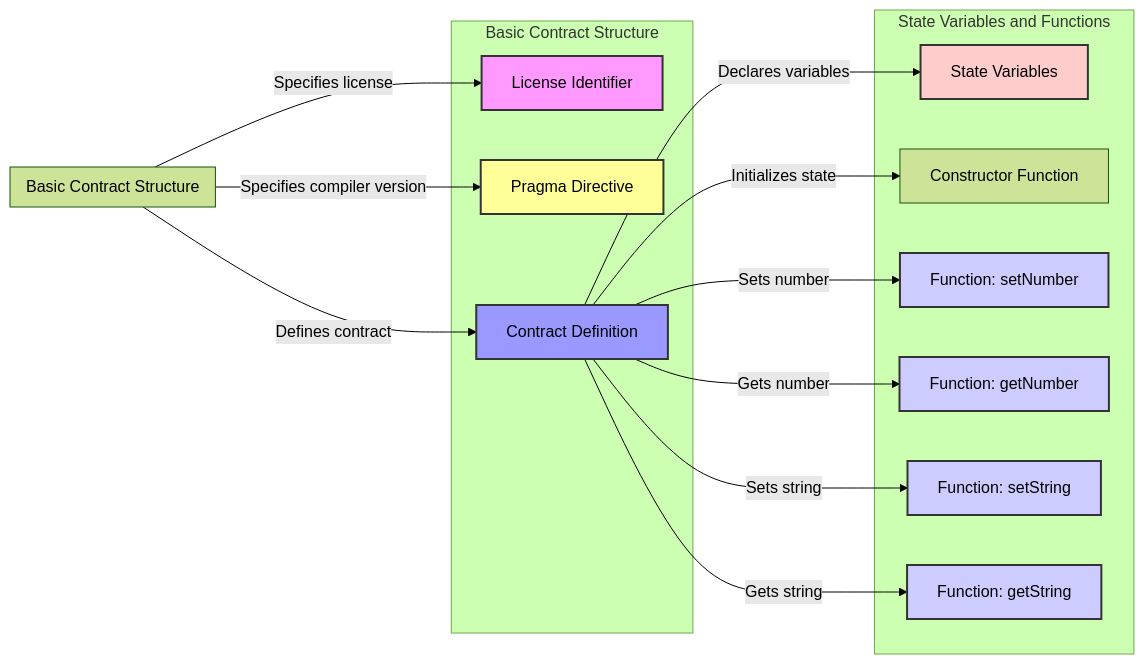
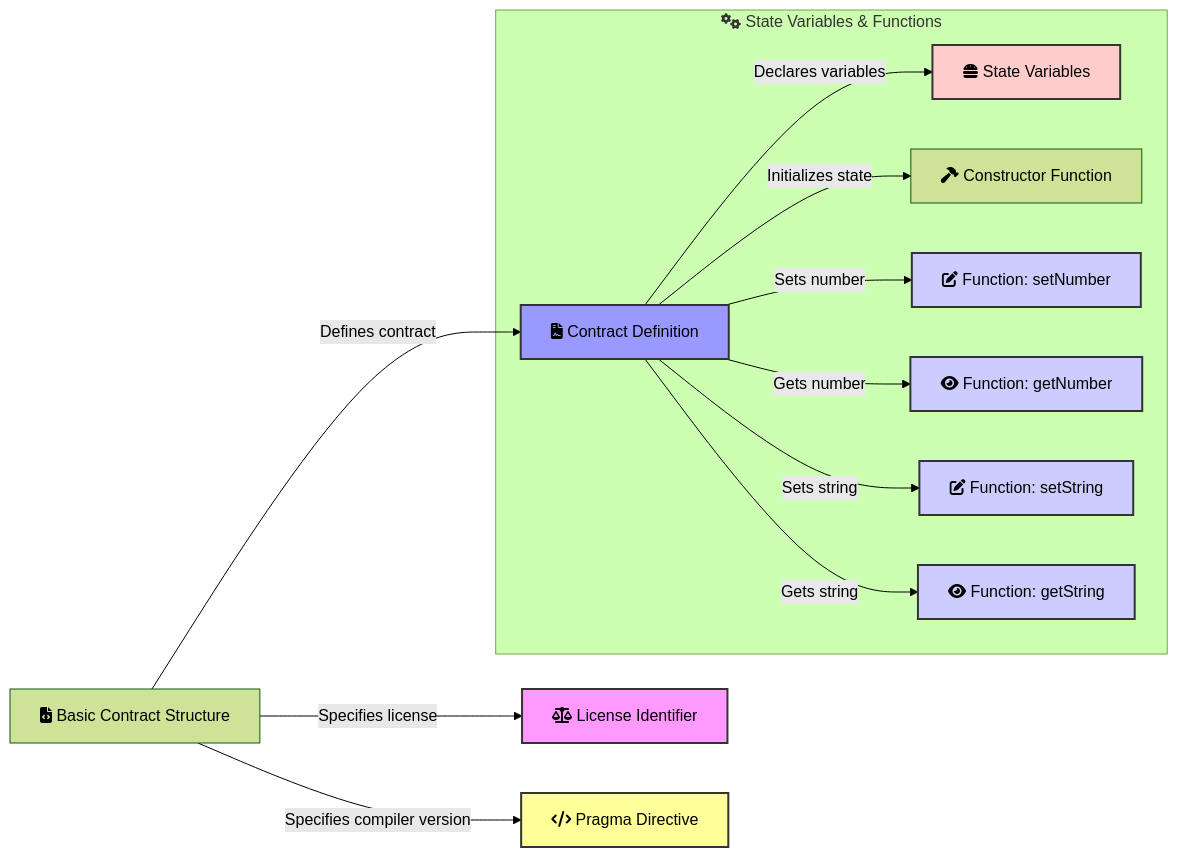
One commit to kelvin-bz/blog changed the eighth of 33 diagrams in _posts/2024-07-09-introduction-to-solidity.md. Above: the diagram before and after it, drawn with Mermaid (forest theme). The commit also changed other lines of this file, not shown here.

````diff
--- a/_posts/2024-07-09-introduction-to-solidity.md
+++ b/_posts/2024-07-09-introduction-to-solidity.md
@@ -597,75 +592,34 @@
 ```mermaid
 graph LR
-    basicStructure["Basic Contract Structure"]
-    licenseIdentifier["License Identifier"]
-    pragmaDirective["Pragma Directive"]
-    contractDefinition["Contract Definition"]
+    basicStructure["fa:fa-file-code Basic Contract Structure"]
+    licenseIdentifier["fa:fa-balance-scale License Identifier"]:::license
+    pragmaDirective["fa:fa-code Pragma Directive"]:::pragma
+    contractDefinition["fa:fa-file-contract Contract Definition"]:::contract
 
     basicStructure -->|Specifies license| licenseIdentifier
     basicStructure -->|Specifies compiler version| pragmaDirective
     basicStructure -->|Defines contract| contractDefinition
 
-    subgraph contractStructure["Basic Contract Structure"]
-        licenseIdentifier
-        pragmaDirective
-        contractDefinition
-    end
-
-    classDef license fill:#f9f,stroke:#333,stroke-width:2px;
-    classDef pragma fill:#ff9,stroke:#333,stroke-width:2px;
-    classDef contract fill:#99f,stroke:#333,stroke-width:2px;
-
-    licenseIdentifier:::license
-    pragmaDirective:::pragma
-    contractDefinition:::contract
-   
-    subgraph basicStructure["Basic Contract Structure"]
-        licenseIdentifier["License Identifier"]
-        pragmaDirective["Pragma Directive"]
-        contractDefinition["Contract Definition"]
-        licenseIdentifier:::license
-        pragmaDirective:::pragma
-    end
-
-    subgraph contractFunctions["State Variables and Functions"]
-        stateVariables["State Variables"]:::state
-        constructorFunction["Constructor Function"]:::constructor
-        setNumberFunction["Function: setNumber"]:::function
-        getNumberFunction["Function: getNumber"]:::function
-        setStringFunction["Function: setString"]:::function
-        getStringFunction["Function: getString"]:::function
-
-        stateVariables
-        constructorFunction
-        setNumberFunction
-        getNumberFunction
-        setStringFunction
-        getStringFunction
-
-        contractDefinition:::contract
+    subgraph contractFunctions["fa:fa-cogs State Variables & Functions"]
+        stateVariables["fa:fa-hamburger State Variables"]:::state
+        constructorFunction["fa:fa-hammer Constructor Function"]:::constructor
+        setNumberFunction["fa:fa-edit Function: setNumber"]:::function  
+        getNumberFunction["fa:fa-eye Function: getNumber"]:::function 
+        setStringFunction["fa:fa-edit Function: setString"]:::function 
+        getStringFunction["fa:fa-eye Function: getString"]:::function 
 
         contractDefinition -->|Declares variables| stateVariables
         contractDefinition -->|Initializes state| constructorFunction
         contractDefinition -->|Sets number| setNumberFunction
         contractDefinition -->|Gets number| getNumberFunction
         contractDefinition -->|Sets string| setStringFunction
         contractDefinition -->|Gets string| getStringFunction
     end
 
     classDef license fill:#f9f,stroke:#333,stroke-width:2px;
     classDef pragma fill:#ff9,stroke:#333,stroke-width:2px;
     classDef contract fill:#99f,stroke:#333,stroke-width:2px;
     classDef state fill:#ffcccc,stroke:#333,stroke-width:2px;
     classDef function fill:#ccccff,stroke:#333,stroke-width:2px;
 
-    licenseIdentifier:::license
-    pragmaDirective:::pragma
-    contractDefinition:::contract
-    stateVariables:::state
-    constructorFunction:::constructor
-    setNumberFunction:::function
-    getNumberFunction:::function
-    setStringFunction:::function
-    getStringFunction:::function
-
 ```
````
